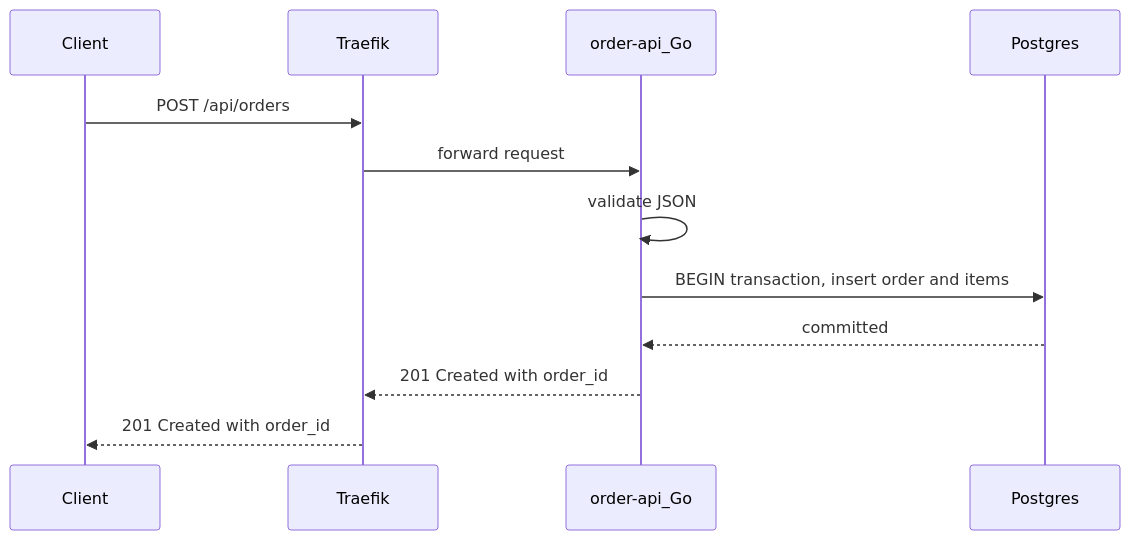
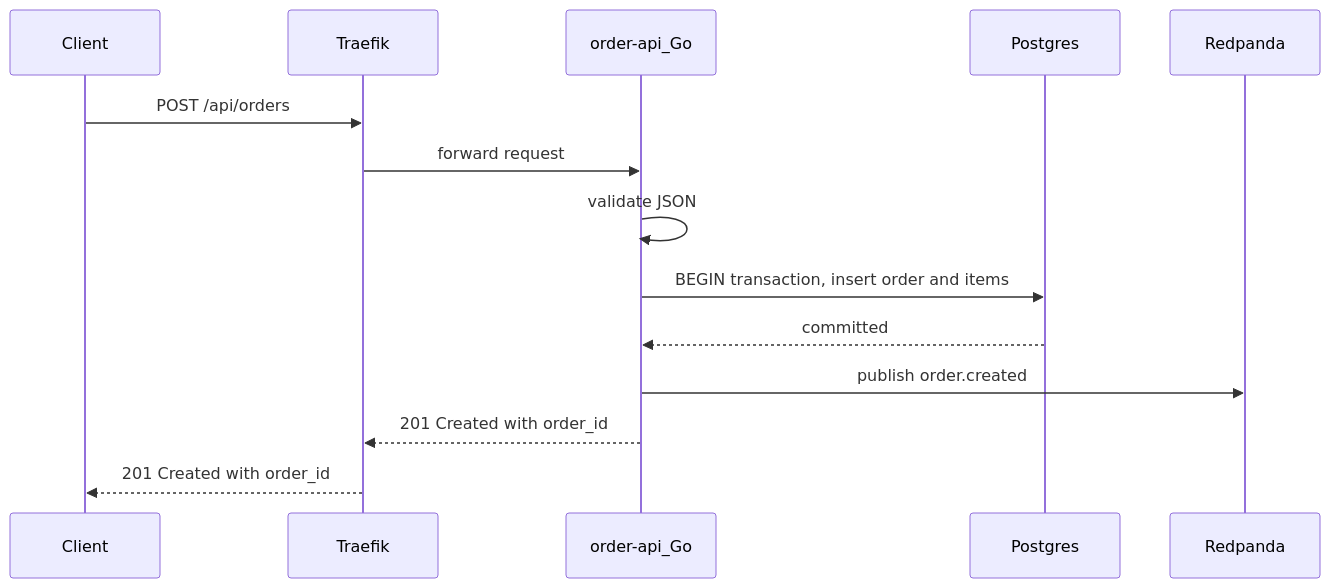
One commit to ianckc/streamshop-distributed-system changed the first of 2 diagrams in docs/docs/data-flows/order-placement.mdx. Above: the diagram before and after it, drawn with Mermaid. The commit also changed other lines of this file and 23 other files, not shown here.

First line of the commit message:
0020 Add Redpanda order producer (#21)

````diff
--- a/docs/docs/data-flows/order-placement.mdx
+++ b/docs/docs/data-flows/order-placement.mdx
@@ -11,15 +11,17 @@
 ```mermaid
 sequenceDiagram
   participant Client
   participant Traefik
   participant OrderAPI as order-api_Go
   participant Postgres
+  participant Redpanda
 
   Client->>Traefik: POST /api/orders
   Traefik->>OrderAPI: forward request
   OrderAPI->>OrderAPI: validate JSON
   OrderAPI->>Postgres: BEGIN transaction, insert order and items
   Postgres-->>OrderAPI: committed
+  OrderAPI->>Redpanda: publish order.created
   OrderAPI-->>Traefik: 201 Created with order_id
   Traefik-->>Client: 201 Created with order_id
 ```
````
